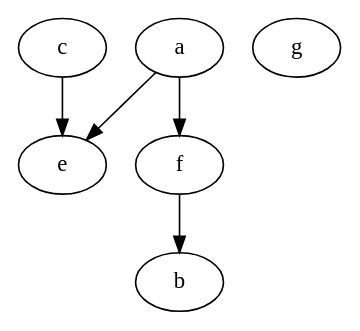
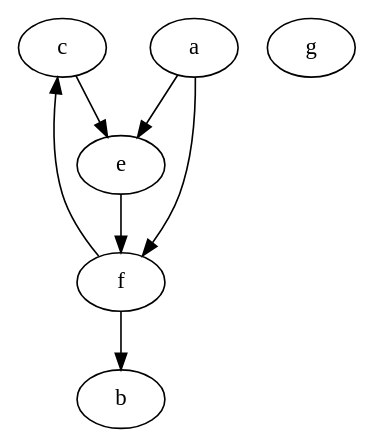
The diagram in data/graph1.dot (snizzo/snizzoasdlab), drawn with Graphviz before and after one commit. The commit also changed 1 other file, not shown here.

Commit message:
Small fix when graph is cyclic on root node (wasn't colored). Test graph is now cyclic.

```diff
--- a/data/graph1.dot
+++ b/data/graph1.dot
@@ -1,7 +1,9 @@
 digraph G1 {
     c -> e;
     a -> e;
     a -> f;
     f -> b;
+    e -> f;
+    f -> c;
     g;
 }
```
